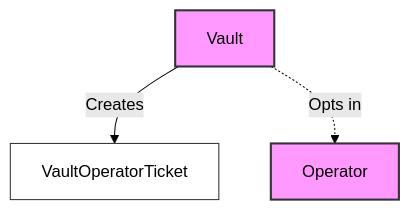
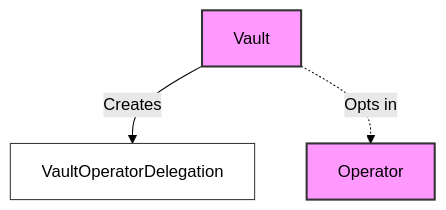
Before and after one commit to jito-foundation/restaking: the second of 4 diagrams in docs/concepts/vault_program.md, drawn with Mermaid (forest theme). The commit also changed 47 other files, not shown here.

````diff
--- a/docs/concepts/vault_program.md
+++ b/docs/concepts/vault_program.md
@@ -65,10 +65,10 @@
 ```mermaid
 graph TD
     classDef main fill: #f9f, stroke: #333, stroke-width: 2px;
     classDef ticket fill: #fff, stroke: #333, stroke-width: 1px;
     Vault[Vault]:::main
     Operator[Operator]:::main
-    VaultOperatorTicket[VaultOperatorTicket]:::ticket
-    Vault -->|Creates| VaultOperatorTicket
+    VaultOperatorDelegation[VaultOperatorDelegation]:::ticket
+    Vault -->|Creates| VaultOperatorDelegation
     Vault -.->|Opts in| Operator
 ```
````
